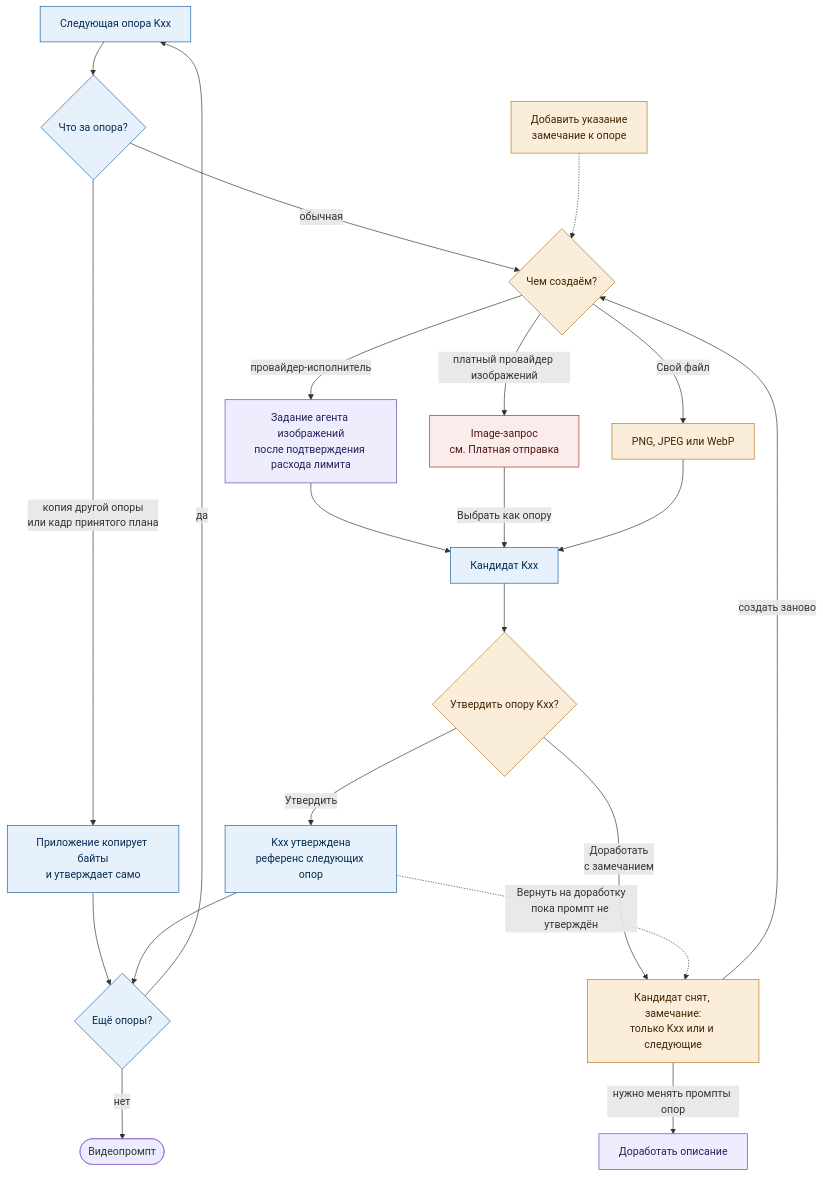
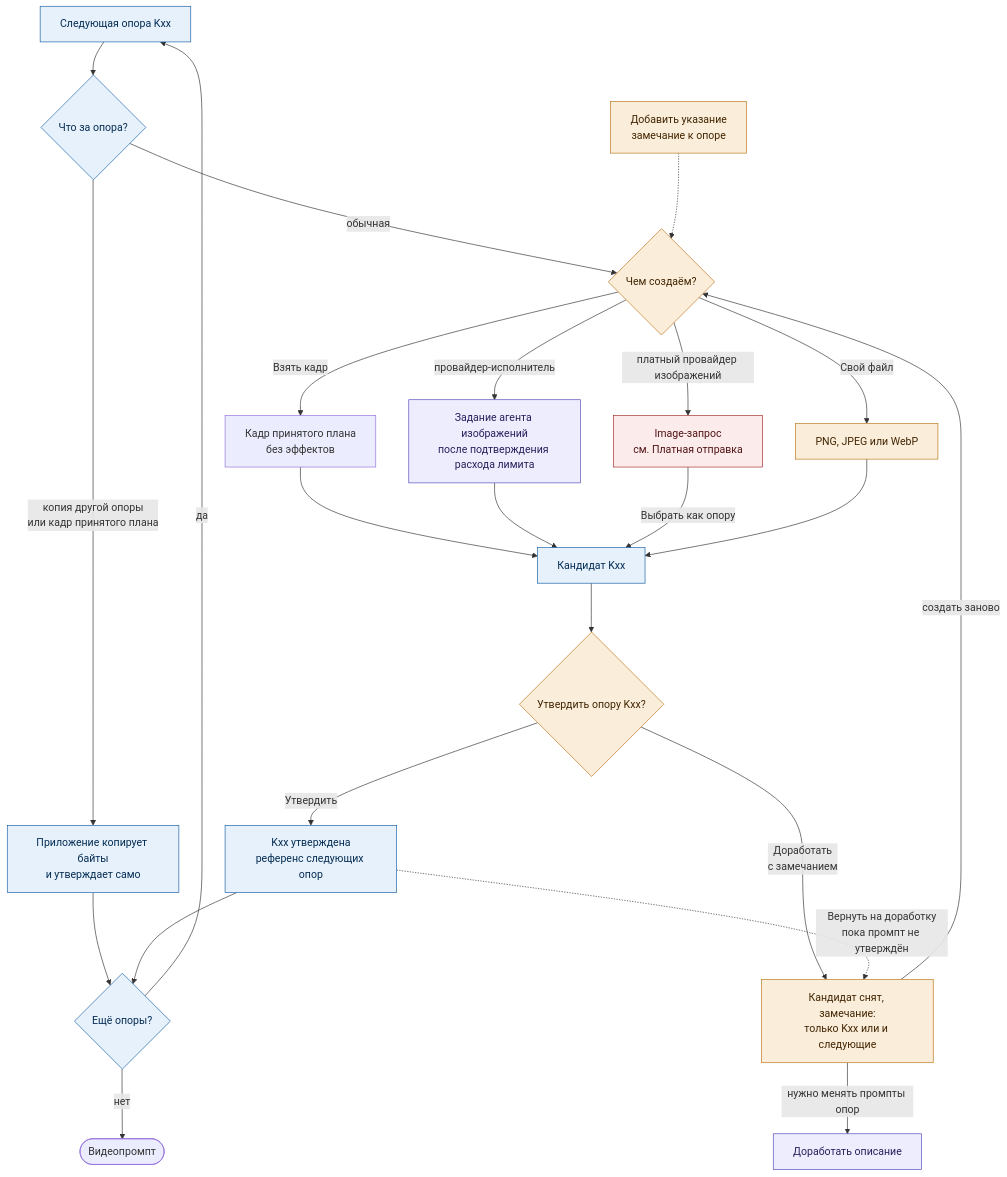
One commit to ai-animation-tools/songframe changed the third of 10 diagrams in docs/production-map.md. Above: the diagram before and after it, drawn with Mermaid. The commit also changed 25 other files, not shown here.

````diff
--- a/docs/production-map.md
+++ b/docs/production-map.md
@@ -104,34 +104,36 @@
 ```mermaid
 flowchart TD
   next["Следующая опора Kxx"] --> kind{"Что за опора?"}
   kind -- "копия другой опоры<br/>или кадр принятого плана" --> copy["Приложение копирует байты<br/>и утверждает само"]
   kind -- "обычная" --> how{"Чем создаём?"}
   note["Добавить указание<br/>замечание к опоре"] -.-> how
   how -- "провайдер-исполнитель" --> exec["Задание агента изображений<br/>после подтверждения расхода лимита"]
   how -- "платный провайдер изображений" --> image["Image-запрос<br/>см. Платная отправка"]
   how -- "Свой файл" --> file["PNG, JPEG или WebP"]
+  how -- "Взять кадр" --> shotframe["Кадр принятого плана<br/>без эффектов"]
+  shotframe --> candidate
   exec --> candidate["Кандидат Kxx"]
   image -- "Выбрать как опору" --> candidate
   file --> candidate
   candidate --> ask{"Утвердить опору Kxx?"}
   ask -- "Утвердить" --> approved["Kxx утверждена<br/>референс следующих опор"]
   ask -- "Доработать<br/>с замечанием" --> revise["Кандидат снят, замечание:<br/>только Kxx или и следующие"]
   revise -- "создать заново" --> how
   revise -- "нужно менять промпты опор" --> redesc["Доработать описание"]
   approved -. "Вернуть на доработку<br/>пока промпт не утверждён" .-> revise
   copy --> more{"Ещё опоры?"}
   approved --> more
   more -- "да" --> next
   more -- "нет" --> prompt(["Видеопромпт"])
 
   class how,note,file,ask,revise user
   class exec,redesc agent
   class next,kind,copy,candidate,approved,more app
   class image paid
   classDef user fill:#FAEEDA,stroke:#BA7517,color:#412402
   classDef agent fill:#EEEDFE,stroke:#534AB7,color:#26215C
   classDef app fill:#E6F1FB,stroke:#185FA5,color:#042C53
   classDef paid fill:#FCEBEB,stroke:#A32D2D,color:#501313
   classDef service fill:#E1F5EE,stroke:#0F6E56,color:#04342C
   classDef bad fill:#F1EFE8,stroke:#5F5E5A,color:#2C2C2A,stroke-dasharray:4 3
 ```
````
